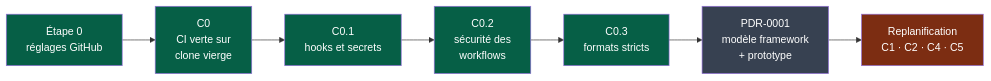
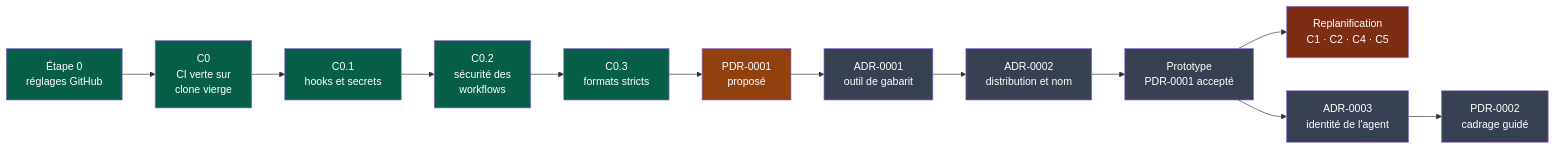
The first of 2 diagrams in docs/governance/chantiers.md (NapkinStack/engineering-os), drawn with Mermaid before and after one commit. The commit also changed other lines of this file and 3 other files, not shown here.

````diff
--- a/docs/governance/chantiers.md
+++ b/docs/governance/chantiers.md
@@ -10,14 +10,19 @@
 ```mermaid
 flowchart LR
     S0["Étape 0<br/>réglages GitHub"]:::fait --> C0["C0<br/>CI verte sur<br/>clone vierge"]:::fait
     C0 --> C01["C0.1<br/>hooks et secrets"]:::fait
     C01 --> C02["C0.2<br/>sécurité des<br/>workflows"]:::fait
     C02 --> C03["C0.3<br/>formats stricts"]:::fait
-    C03 --> PDR["PDR-0001<br/>modèle framework<br/>+ prototype"]:::afaire
-    PDR --> RP["Replanification<br/>C1 · C2 · C4 · C5"]:::bloque
+    C03 --> PDR["PDR-0001<br/>proposé"]:::partiel
+    PDR --> A1["ADR-0001<br/>outil de gabarit"]:::afaire
+    A1 --> A2["ADR-0002<br/>distribution et nom"]:::afaire
+    A2 --> PT["Prototype<br/>PDR-0001 accepté"]:::afaire
+    PT --> RP["Replanification<br/>C1 · C2 · C4 · C5"]:::bloque
+    PT --> A3["ADR-0003<br/>identité de l'agent"]:::afaire
+    A3 --> P2["PDR-0002<br/>cadrage guidé"]:::afaire
 
     classDef fait fill:#065f46,color:#fff
     classDef partiel fill:#92400e,color:#fff
     classDef afaire fill:#374151,color:#fff
     classDef bloque fill:#7c2d12,color:#fff
 ```
````
